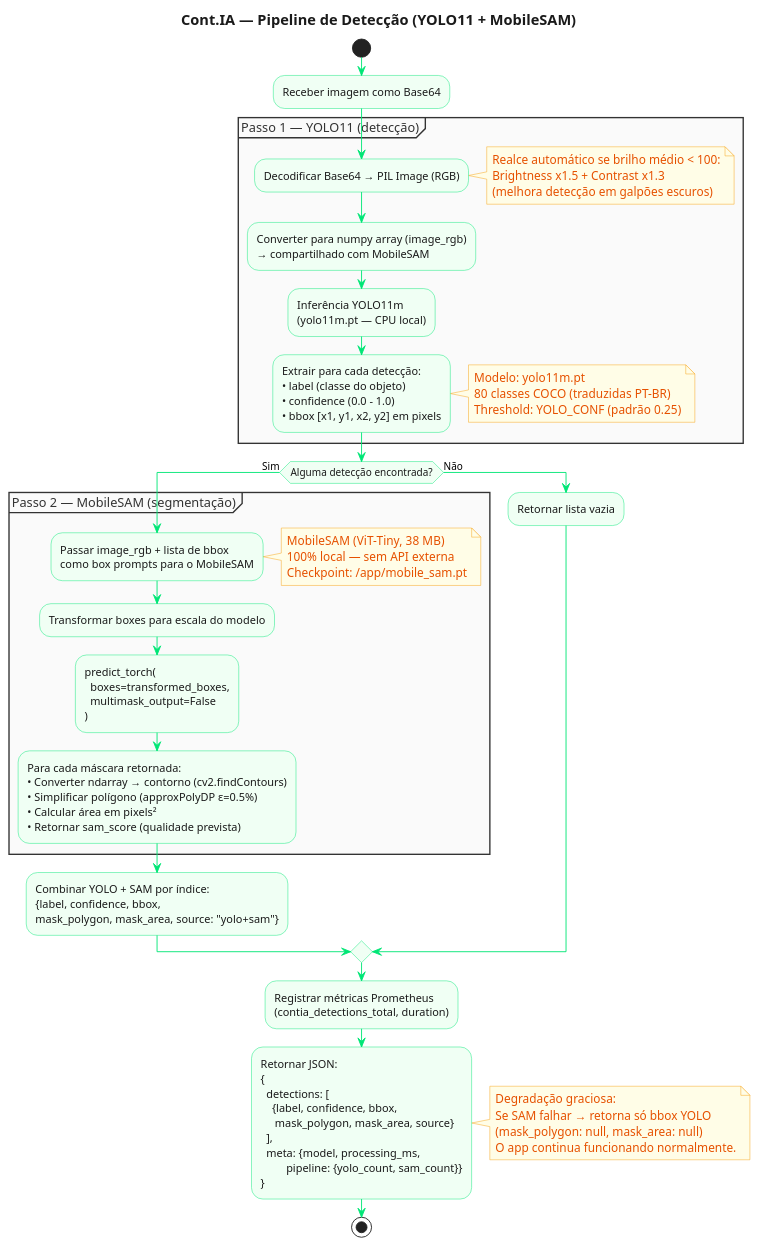
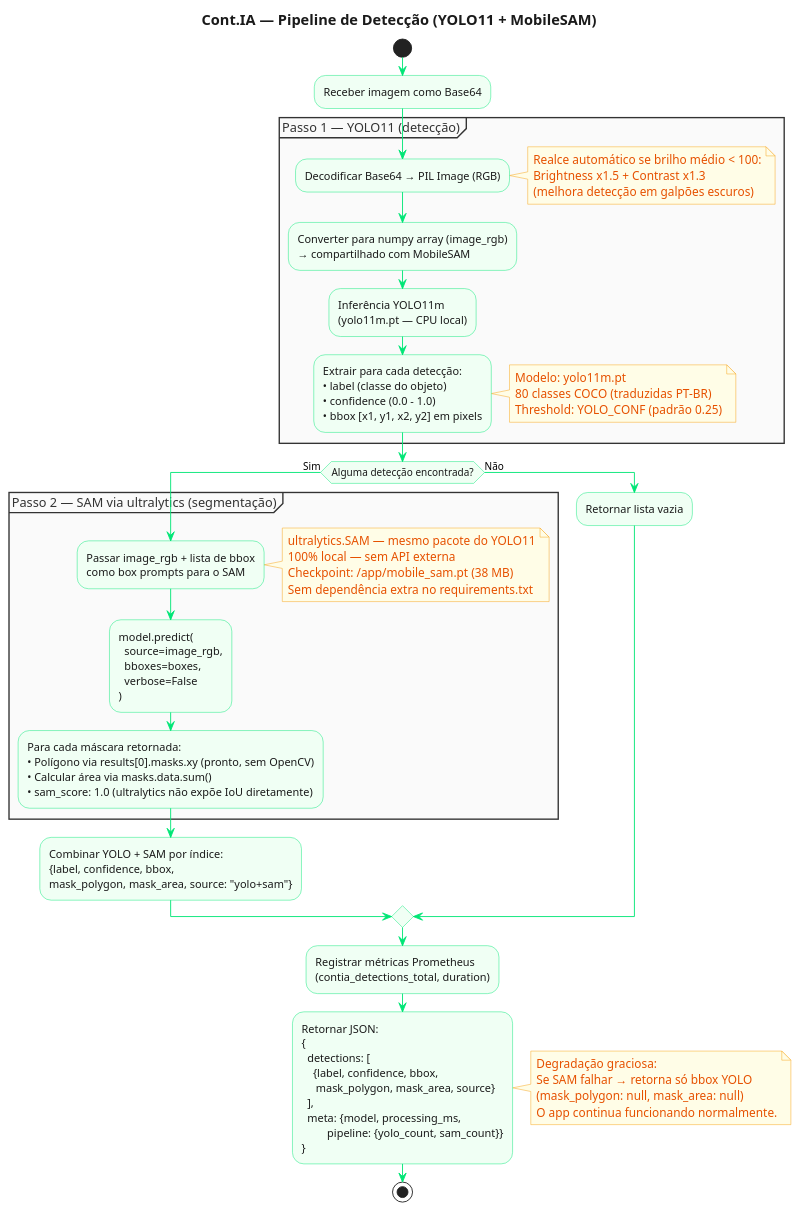
Before and after one commit to JuBertoldo/cont-ia: the diagram in docs/diagramas/08_pipeline.puml, drawn with PlantUML. The commit also changed 3 other files, not shown here.

First line of the commit message:
docs(diagramas): atualizar 3 diagramas com mudancas recentes

```diff
--- a/docs/diagramas/08_pipeline.puml
+++ b/docs/diagramas/08_pipeline.puml
@@ -1,82 +1,81 @@
 @startuml 08_pipeline
 !pragma layout smetana
 title Cont.IA — Pipeline de Detecção (YOLO11 + MobileSAM)
 
 skinparam backgroundColor #FFFFFF
 skinparam activityBackgroundColor #F0FFF4
 skinparam activityBorderColor #00E676
 skinparam activityFontColor #1A1A1A
 skinparam arrowColor #00E676
 skinparam titleFontColor #1A1A1A
 skinparam titleFontSize 16
 skinparam partitionBackgroundColor #FAFAFA
 skinparam partitionBorderColor #333333
 skinparam partitionFontColor #333333
 skinparam noteBackgroundColor #FFFDE7
 skinparam noteBorderColor #F59E0B
 skinparam noteFontColor #E65100
 
 start
 
 :Receber imagem como Base64;
 
 partition "Passo 1 — YOLO11 (detecção)" {
     :Decodificar Base64 → PIL Image (RGB);
 
     note right
       Realce automático se brilho médio < 100:
       Brightness x1.5 + Contrast x1.3
       (melhora detecção em galpões escuros)
     end note
 
     :Converter para numpy array (image_rgb)\n→ compartilhado com MobileSAM;
 
     :Inferência YOLO11m\n(yolo11m.pt — CPU local);
 
     :Extrair para cada detecção:\n• label (classe do objeto)\n• confidence (0.0 – 1.0)\n• bbox [x1, y1, x2, y2] em pixels;
 
     note right
       Modelo: yolo11m.pt
       80 classes COCO (traduzidas PT-BR)
       Threshold: YOLO_CONF (padrão 0.25)
     end note
 }
 
 if (Alguma detecção encontrada?) then (Sim)
 
-    partition "Passo 2 — MobileSAM (segmentação)" {
-        :Passar image_rgb + lista de bbox\ncomo box prompts para o MobileSAM;
+    partition "Passo 2 — SAM via ultralytics (segmentação)" {
+        :Passar image_rgb + lista de bbox\ncomo box prompts para o SAM;
 
         note right
-          MobileSAM (ViT-Tiny, 38 MB)
+          ultralytics.SAM — mesmo pacote do YOLO11
           100% local — sem API externa
-          Checkpoint: /app/mobile_sam.pt
+          Checkpoint: /app/mobile_sam.pt (38 MB)
+          Sem dependência extra no requirements.txt
         end note
 
-        :Transformar boxes para escala do modelo;
+        :model.predict(\n  source=image_rgb,\n  bboxes=boxes,\n  verbose=False\n);
 
-        :predict_torch(\n  boxes=transformed_boxes,\n  multimask_output=False\n);
-
-        :Para cada máscara retornada:\n• Converter ndarray → contorno (cv2.findContours)\n• Simplificar polígono (approxPolyDP ε=0.5%)\n• Calcular área em pixels²\n• Retornar sam_score (qualidade prevista);
+        :Para cada máscara retornada:\n• Polígono via results[0].masks.xy (pronto, sem OpenCV)\n• Calcular área via masks.data.sum()\n• sam_score: 1.0 (ultralytics não expõe IoU diretamente);
     }
 
     :Combinar YOLO + SAM por índice:\n{label, confidence, bbox,\nmask_polygon, mask_area, source: "yolo+sam"};
 
 else (Não)
     :Retornar lista vazia;
 endif
 
 :Registrar métricas Prometheus\n(contia_detections_total, duration);
 
 :Retornar JSON:\n{\n  detections: [\n    {label, confidence, bbox,\n     mask_polygon, mask_area, source}\n  ],\n  meta: {model, processing_ms,\n         pipeline: {yolo_count, sam_count}}\n};
 
 note right
   Degradação graciosa:
   Se SAM falhar → retorna só bbox YOLO
   (mask_polygon: null, mask_area: null)
   O app continua funcionando normalmente.
 end note
 
 stop
 
 @enduml
```
